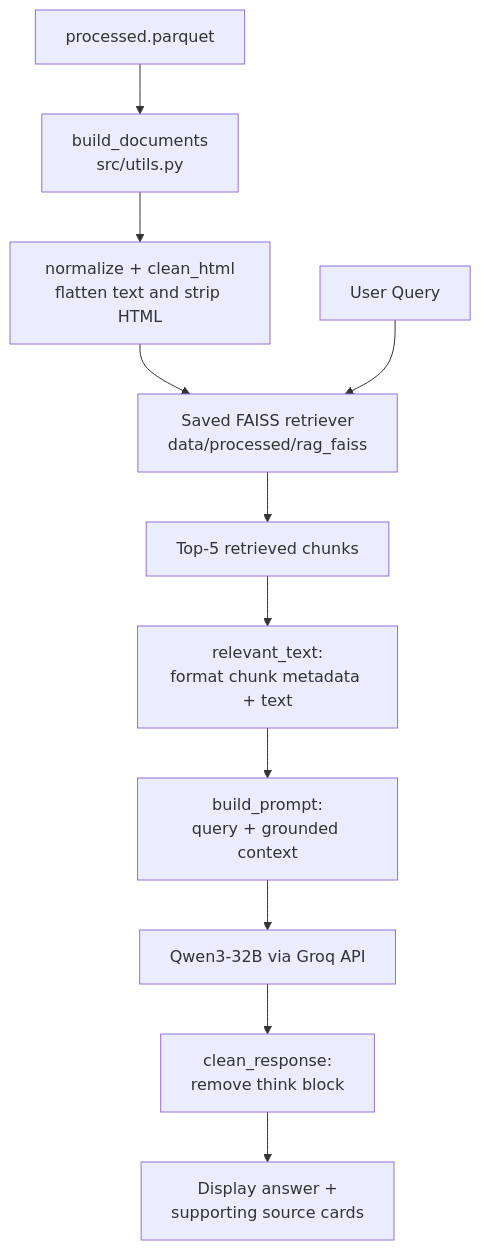
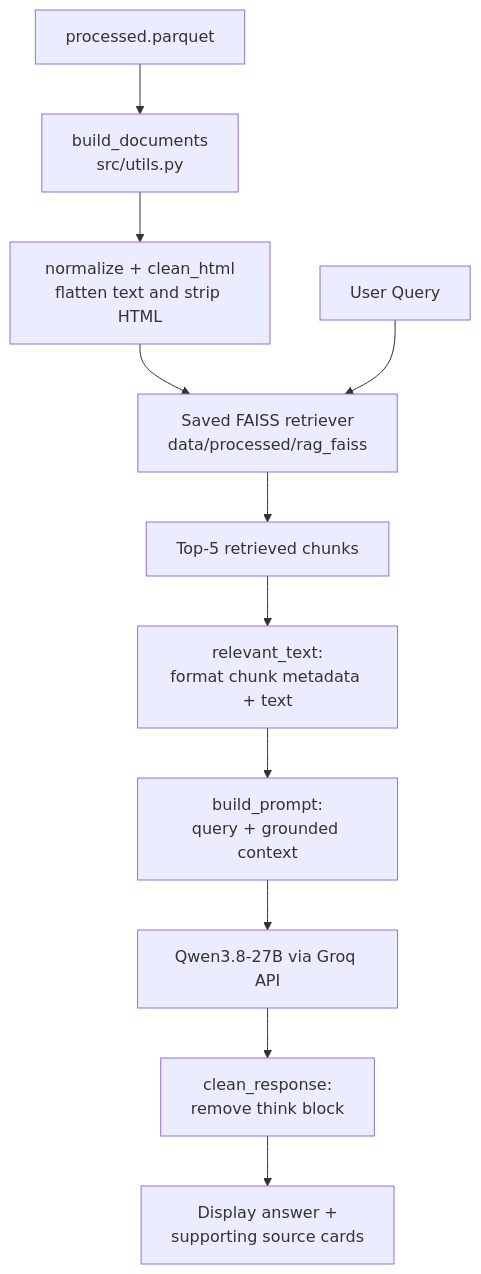
The first of 2 diagrams in README.md (iangault/product-search-rag), drawn with Mermaid before and after one commit. The commit also changed other lines of this file and 1 other file, not shown here.

Commit message:
update groq model

````diff
--- a/README.md
+++ b/README.md
@@ -37,13 +37,13 @@
 ```mermaid
 flowchart TD
     P[processed.parquet] --> Q[build_documents<br/>src/utils.py]
     Q --> R[normalize + clean_html<br/>flatten text and strip HTML]
     R --> B[Saved FAISS retriever<br/>data/processed/rag_faiss]
     A[User Query] --> B
     B --> C[Top-5 retrieved chunks]
     C --> D[relevant_text:<br/>format chunk metadata + text]
     D --> E[build_prompt:<br/>query + grounded context]
-    E --> F[Qwen3-32B via Groq API]
+    E --> F[Qwen3.8-27B via Groq API]
     F --> G[clean_response:<br/>remove think block]
     G --> H[Display answer +<br/>supporting source cards]
 ```
````
